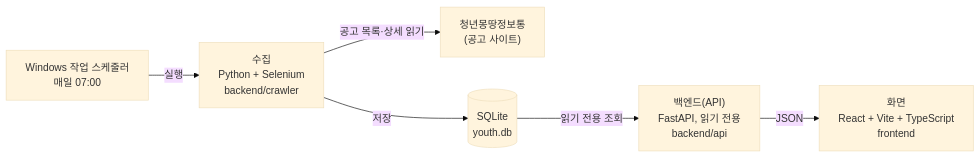
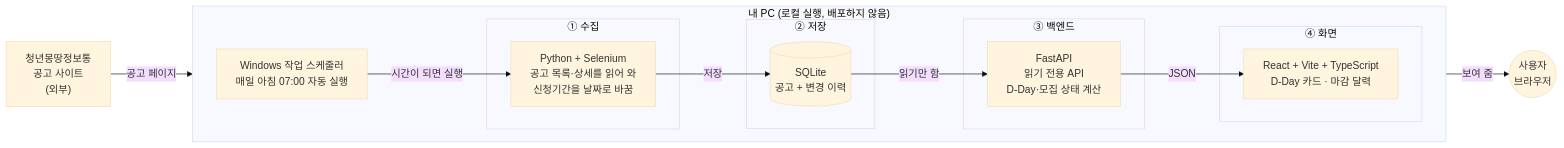
One commit to a38200-pixel/Seoul-youth-policy-crawler-website changed the first of 2 diagrams in README.md. Above: the diagram before and after it, drawn with Mermaid (base theme). The commit also changed other lines of this file, not shown here.

````diff
--- a/README.md
+++ b/README.md
@@ -39,15 +40,31 @@
 ```mermaid
 flowchart LR
-    SITE["청년몽땅정보통<br/>(공고 사이트)"]
-    CRAWL["수집<br/>Python + Selenium<br/>backend/crawler"]
-    DB[("SQLite<br/>youth.db")]
-    API["백엔드(API)<br/>FastAPI, 읽기 전용<br/>backend/api"]
-    UI["화면<br/>React + Vite + TypeScript<br/>frontend"]
-    SCH["Windows 작업 스케줄러<br/>매일 07:00"]
+    SITE["청년몽땅정보통<br/>공고 사이트<br/>(외부)"]
 
-    SCH -->|실행| CRAWL
-    CRAWL -->|공고 목록·상세 읽기| SITE
-    CRAWL -->|저장| DB
-    DB -->|읽기 전용 조회| API
-    API -->|JSON| UI
+    subgraph PC["내 PC (로컬 실행, 배포하지 않음)"]
+        direction LR
+        SCH["Windows 작업 스케줄러<br/>매일 아침 07:00 자동 실행"]
+
+        subgraph L1["① 수집"]
+            CRAWL["Python + Selenium<br/>공고 목록·상세를 읽어 와<br/>신청기간을 날짜로 바꿈"]
+        end
+        subgraph L2["② 저장"]
+            DB[("SQLite<br/>공고 + 변경 이력")]
+        end
+        subgraph L3["③ 백엔드"]
+            API["FastAPI<br/>읽기 전용 API<br/>D-Day·모집 상태 계산"]
+        end
+        subgraph L4["④ 화면"]
+            UI["React + Vite + TypeScript<br/>D-Day 카드 · 마감 달력"]
+        end
+    end
+
+    USER(("사용자<br/>브라우저"))
+
+    SCH -->|"시간이 되면 실행"| CRAWL
+    SITE -->|"공고 페이지"| CRAWL
+    CRAWL -->|"저장"| DB
+    DB -->|"읽기만 함"| API
+    API -->|"JSON"| UI
+    UI -->|"보여 줌"| USER
 ```
````
